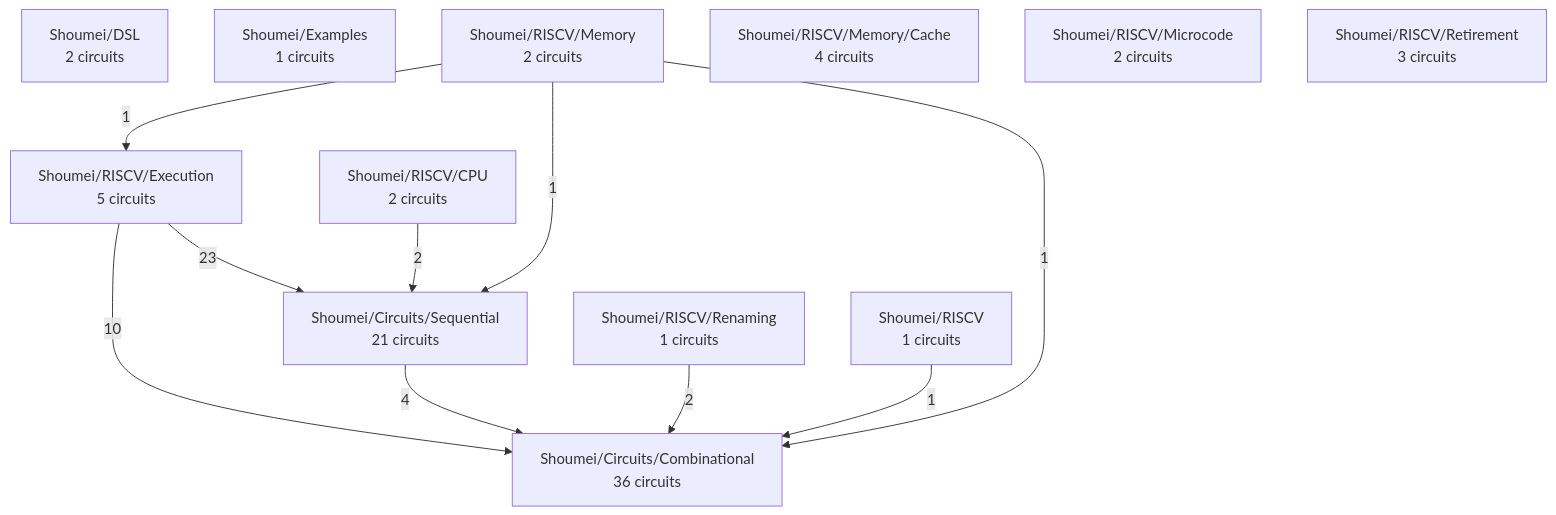
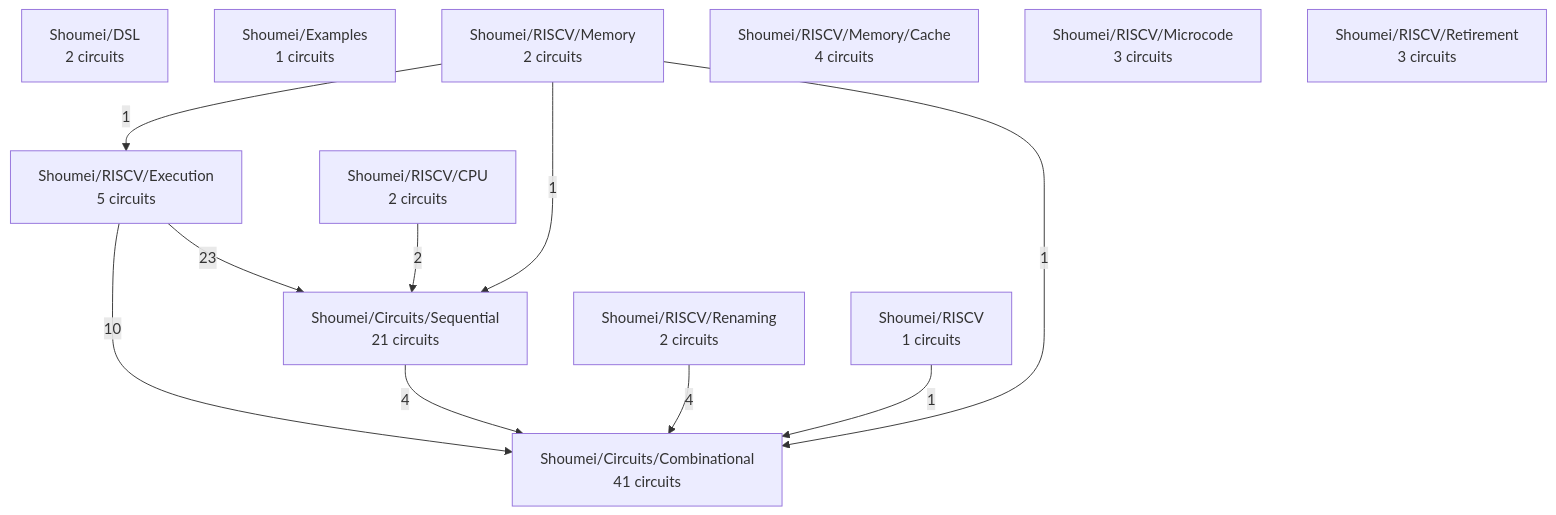
The diagram in docs/project-map.md (atvrager/Shoumei-RTL), drawn with Mermaid before and after one commit. The commit also changed other lines of this file and 60 other files, not shown here.

First line of the commit message:
Fix TrapSequencer flush gating, modularize CPU subcircuits, and update synth metrics (#114)

````diff
--- a/docs/project-map.md
+++ b/docs/project-map.md
@@ -25,24 +25,24 @@
 ```mermaid
 graph TD
-  Shoumei_Circuits_Combinational["Shoumei/Circuits/Combinational<br/>36 circuits"]
+  Shoumei_Circuits_Combinational["Shoumei/Circuits/Combinational<br/>41 circuits"]
   Shoumei_Circuits_Sequential["Shoumei/Circuits/Sequential<br/>21 circuits"]
   Shoumei_DSL["Shoumei/DSL<br/>2 circuits"]
   Shoumei_Examples["Shoumei/Examples<br/>1 circuits"]
   Shoumei_RISCV["Shoumei/RISCV<br/>1 circuits"]
   Shoumei_RISCV_CPU["Shoumei/RISCV/CPU<br/>2 circuits"]
   Shoumei_RISCV_Execution["Shoumei/RISCV/Execution<br/>5 circuits"]
   Shoumei_RISCV_Memory["Shoumei/RISCV/Memory<br/>2 circuits"]
   Shoumei_RISCV_Memory_Cache["Shoumei/RISCV/Memory/Cache<br/>4 circuits"]
-  Shoumei_RISCV_Microcode["Shoumei/RISCV/Microcode<br/>2 circuits"]
-  Shoumei_RISCV_Renaming["Shoumei/RISCV/Renaming<br/>1 circuits"]
+  Shoumei_RISCV_Microcode["Shoumei/RISCV/Microcode<br/>3 circuits"]
+  Shoumei_RISCV_Renaming["Shoumei/RISCV/Renaming<br/>2 circuits"]
   Shoumei_RISCV_Retirement["Shoumei/RISCV/Retirement<br/>3 circuits"]
   Shoumei_RISCV_Execution -->|23| Shoumei_Circuits_Sequential
   Shoumei_RISCV_Execution -->|10| Shoumei_Circuits_Combinational
   Shoumei_Circuits_Sequential -->|4| Shoumei_Circuits_Combinational
+  Shoumei_RISCV_Renaming -->|4| Shoumei_Circuits_Combinational
   Shoumei_RISCV_CPU -->|2| Shoumei_Circuits_Sequential
-  Shoumei_RISCV_Renaming -->|2| Shoumei_Circuits_Combinational
   Shoumei_RISCV -->|1| Shoumei_Circuits_Combinational
   Shoumei_RISCV_Memory -->|1| Shoumei_Circuits_Combinational
   Shoumei_RISCV_Memory -->|1| Shoumei_Circuits_Sequential
   Shoumei_RISCV_Memory -->|1| Shoumei_RISCV_Execution
 ```
````
